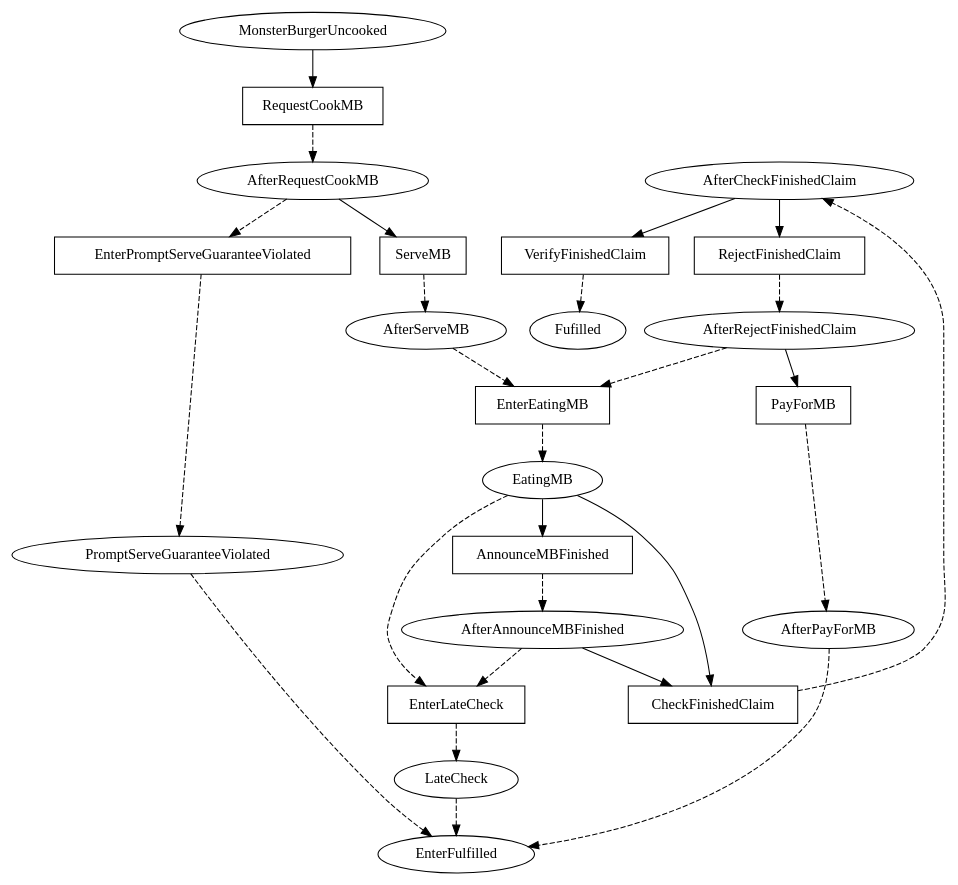
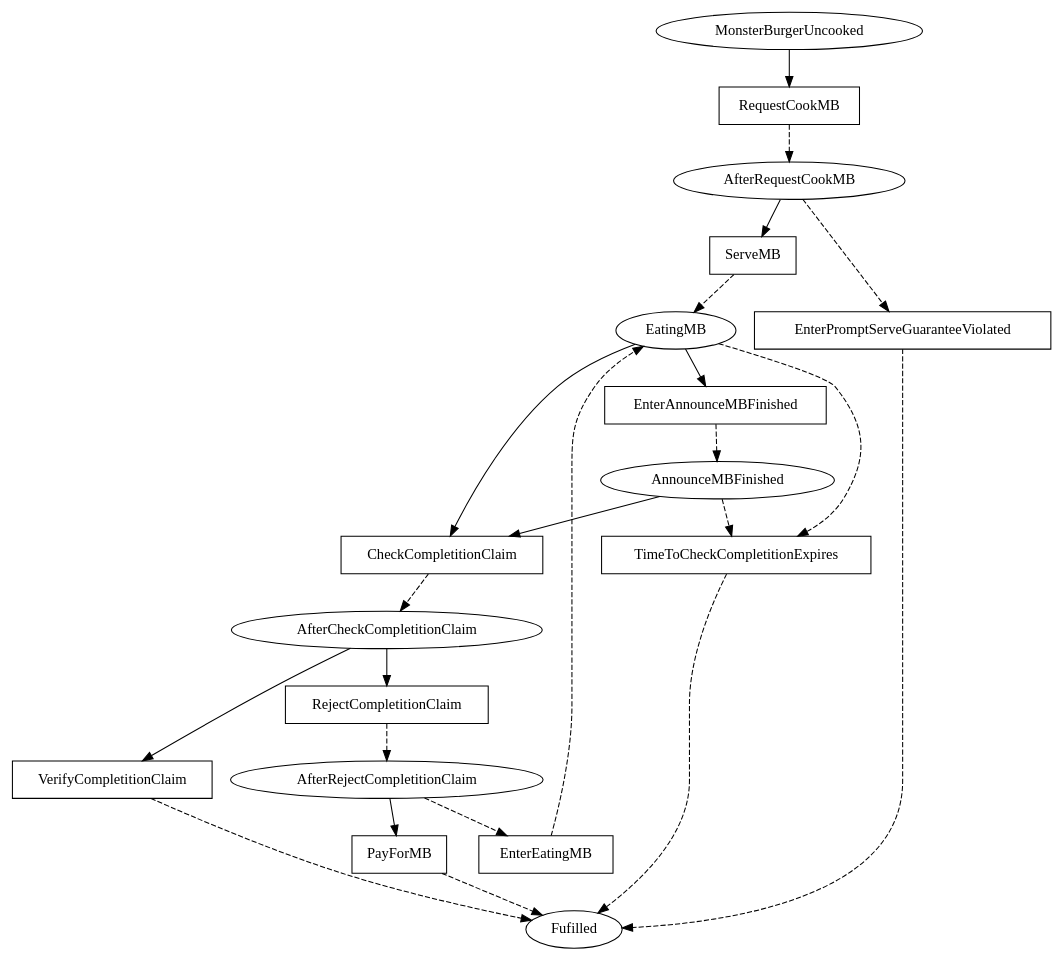
The diagram in linear_state_machine_language/pyL4/examples_graphviz_gen/toy_and_teaching/monster_burger_program_only.dot (Marcao02/complaw-deeptech), drawn with Graphviz before and after one commit. The commit also changed 11 other files, not shown here.

```diff
--- a/linear_state_machine_language/pyL4/examples_graphviz_gen/toy_and_teaching/monster_burger_program_only.dot
+++ b/linear_state_machine_language/pyL4/examples_graphviz_gen/toy_and_teaching/monster_burger_program_only.dot
@@ -1,57 +1,49 @@
 // THIS IS A GENERATED FILE. DO NOT EDIT.
 
 digraph Monster_Burger {    
     Fulfilled[label=Fufilled];
     MonsterBurgerUncooked[label=MonsterBurgerUncooked];
 	AfterRequestCookMB[label=AfterRequestCookMB];
-	AfterServeMB[label=AfterServeMB];
-	PromptServeGuaranteeViolated[label=PromptServeGuaranteeViolated];
 	EatingMB[label=EatingMB];
-	AfterAnnounceMBFinished[label=AfterAnnounceMBFinished];
-	LateCheck[label=LateCheck];
-	AfterCheckFinishedClaim[label=AfterCheckFinishedClaim];
-	AfterRejectFinishedClaim[label=AfterRejectFinishedClaim];
-	AfterPayForMB[label=AfterPayForMB]
+	AnnounceMBFinished[label=AnnounceMBFinished];
+	AfterCheckCompletitionClaim[label=AfterCheckCompletitionClaim];
+	AfterRejectCompletitionClaim[label=AfterRejectCompletitionClaim]
     
      
     RequestCookMB[label=RequestCookMB,shape=box];
 	ServeMB[label=ServeMB,shape=box];
 	EnterPromptServeGuaranteeViolated[label=EnterPromptServeGuaranteeViolated,shape=box];
 	EnterEatingMB[label=EnterEatingMB,shape=box];
-	AnnounceMBFinished[label=AnnounceMBFinished,shape=box];
-	EnterLateCheck[label=EnterLateCheck,shape=box];
-	CheckFinishedClaim[label=CheckFinishedClaim,shape=box];
-	RejectFinishedClaim[label=RejectFinishedClaim,shape=box];
+	EnterAnnounceMBFinished[label=EnterAnnounceMBFinished,shape=box];
+	TimeToCheckCompletitionExpires[label=TimeToCheckCompletitionExpires,shape=box];
+	CheckCompletitionClaim[label=CheckCompletitionClaim,shape=box];
+	RejectCompletitionClaim[label=RejectCompletitionClaim,shape=box];
 	PayForMB[label=PayForMB,shape=box];
-	VerifyFinishedClaim[label=VerifyFinishedClaim,shape=box]    
+	VerifyCompletitionClaim[label=VerifyCompletitionClaim,shape=box]    
     
     
     
     MonsterBurgerUncooked -> RequestCookMB;
 	AfterRequestCookMB -> ServeMB;
 	AfterRequestCookMB -> EnterPromptServeGuaranteeViolated [style=dashed];
-	AfterServeMB -> EnterEatingMB [style=dashed];
-	PromptServeGuaranteeViolated -> EnterFulfilled [style=dashed];
-	EatingMB -> AnnounceMBFinished;
-	EatingMB -> CheckFinishedClaim;
-	EatingMB -> EnterLateCheck [style=dashed];
-	AfterAnnounceMBFinished -> CheckFinishedClaim;
-	AfterAnnounceMBFinished -> EnterLateCheck [style=dashed];
-	LateCheck -> EnterFulfilled [style=dashed];
-	AfterCheckFinishedClaim -> VerifyFinishedClaim;
-	AfterCheckFinishedClaim -> RejectFinishedClaim;
-	AfterRejectFinishedClaim -> EnterEatingMB [style=dashed];
-	AfterRejectFinishedClaim -> PayForMB;
-	AfterPayForMB -> EnterFulfilled [style=dashed]
+	EatingMB -> EnterAnnounceMBFinished;
+	EatingMB -> CheckCompletitionClaim;
+	EatingMB -> TimeToCheckCompletitionExpires [style=dashed];
+	AnnounceMBFinished -> CheckCompletitionClaim;
+	AnnounceMBFinished -> TimeToCheckCompletitionExpires [style=dashed];
+	AfterCheckCompletitionClaim -> VerifyCompletitionClaim;
+	AfterCheckCompletitionClaim -> RejectCompletitionClaim;
+	AfterRejectCompletitionClaim -> EnterEatingMB [style=dashed];
+	AfterRejectCompletitionClaim -> PayForMB
     
     RequestCookMB -> AfterRequestCookMB [style=dashed];
-	ServeMB -> AfterServeMB [style=dashed];
-	EnterPromptServeGuaranteeViolated -> PromptServeGuaranteeViolated [style=dashed];
+	ServeMB -> EatingMB [style=dashed];
+	EnterPromptServeGuaranteeViolated -> Fulfilled [style=dashed];
 	EnterEatingMB -> EatingMB [style=dashed];
-	AnnounceMBFinished -> AfterAnnounceMBFinished [style=dashed];
-	EnterLateCheck -> LateCheck [style=dashed];
-	CheckFinishedClaim -> AfterCheckFinishedClaim [style=dashed];
-	RejectFinishedClaim -> AfterRejectFinishedClaim [style=dashed];
-	PayForMB -> AfterPayForMB [style=dashed];
-	VerifyFinishedClaim -> Fulfilled [style=dashed]        
+	EnterAnnounceMBFinished -> AnnounceMBFinished [style=dashed];
+	TimeToCheckCompletitionExpires -> Fulfilled [style=dashed];
+	CheckCompletitionClaim -> AfterCheckCompletitionClaim [style=dashed];
+	RejectCompletitionClaim -> AfterRejectCompletitionClaim [style=dashed];
+	PayForMB -> Fulfilled [style=dashed];
+	VerifyCompletitionClaim -> Fulfilled [style=dashed]        
 }
```
